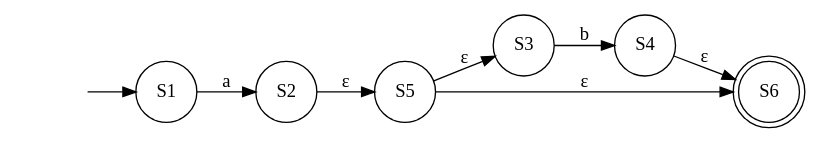
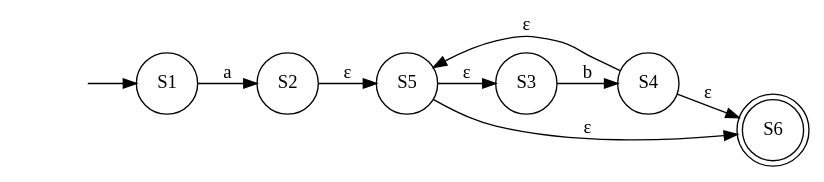
Before and after one commit to ZiadSheriif/AutoMajestic: the diagram in output/nfa/nfa_1.gv, drawn with Graphviz. The commit also changed 13 other files, not shown here.

```diff
--- a/output/nfa/nfa_1.gv
+++ b/output/nfa/nfa_1.gv
@@ -1,17 +1,18 @@
 digraph NFA {
 	"" [shape=none]
 	"" -> S1
 	S1 [shape=circle]
 	S1 -> S2 [label=a]
 	S2 [shape=circle]
 	S2 -> S5 [label="ε"]
 	S3 [shape=circle]
 	S3 -> S4 [label=b]
 	S4 [shape=circle]
+	S4 -> S5 [label="ε"]
 	S4 -> S6 [label="ε"]
 	S5 [shape=circle]
 	S5 -> S3 [label="ε"]
 	S5 -> S6 [label="ε"]
 	S6 [shape=doublecircle]
 	rankdir=LR
 }
```
